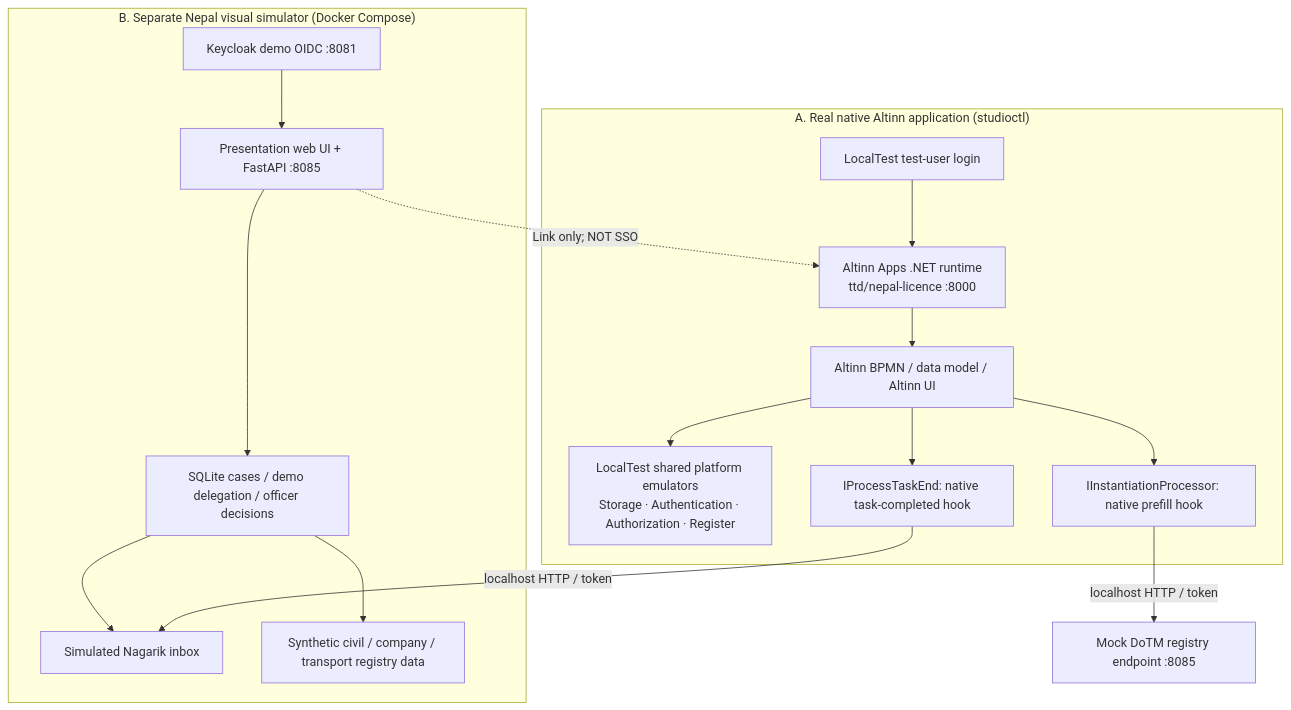
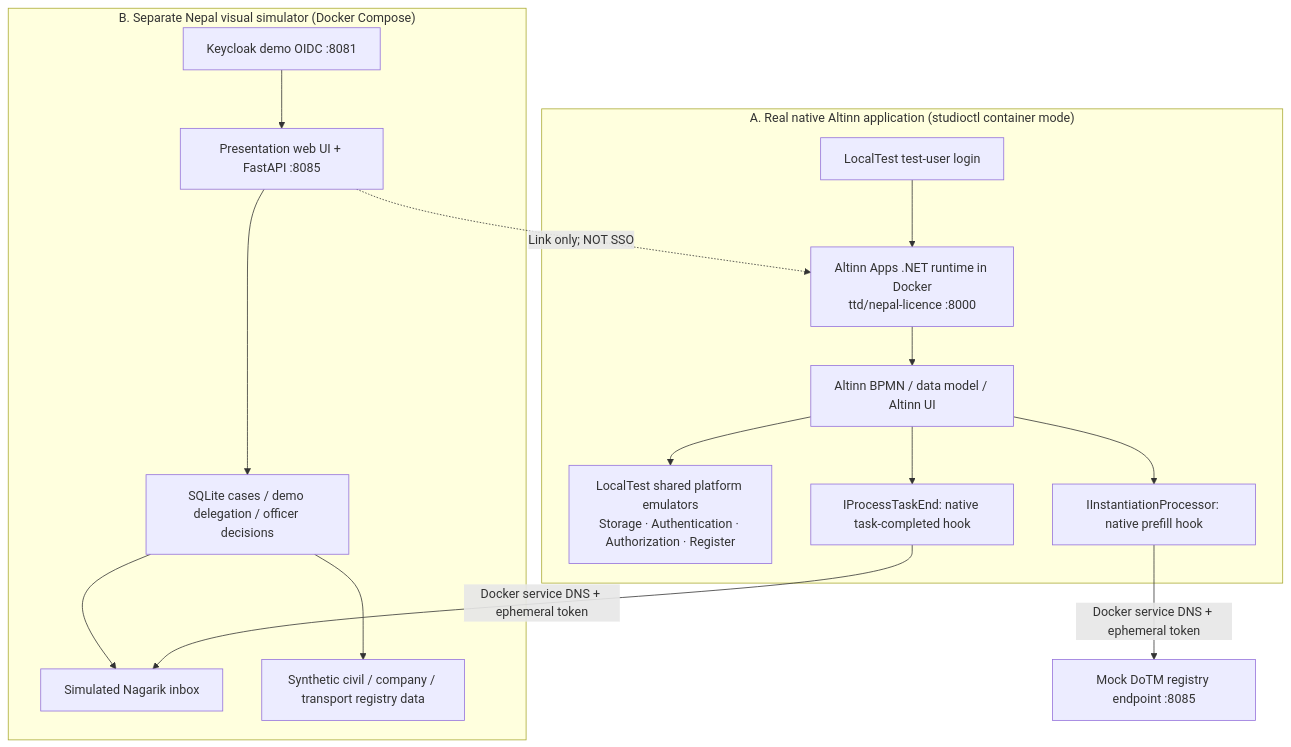
Before and after one commit to SushantGautam/altinn-example-np: the first of 2 diagrams in docs/ARCHITECTURE.md, drawn with Mermaid. The commit also changed other lines of this file, not shown here.

Commit message:
Update architecture diagram to show native Altinn Docker runtime and private bridge network

````diff
--- a/docs/ARCHITECTURE.md
+++ b/docs/ARCHITECTURE.md
@@ -7,19 +7,19 @@
 ```mermaid
 flowchart TB
-  subgraph A["A. Real native Altinn application (studioctl)"]
-    U["LocalTest test-user login"] --> AL["Altinn Apps .NET runtime<br/>ttd/nepal-licence :8000"]
+  subgraph A["A. Real native Altinn application (studioctl container mode)"]
+    U["LocalTest test-user login"] --> AL["Altinn Apps .NET runtime in Docker<br/>ttd/nepal-licence :8000"]
     AL --> BM["Altinn BPMN / data model / Altinn UI"]
     BM --> LT["LocalTest shared platform emulators<br/>Storage · Authentication · Authorization · Register"]
     BM --> PREF["IInstantiationProcessor: native prefill hook"]
     BM --> END["IProcessTaskEnd: native task-completed hook"]
   end
   subgraph B["B. Separate Nepal visual simulator (Docker Compose)"]
     KC["Keycloak demo OIDC :8081"] --> PORT["Presentation web UI + FastAPI :8085"]
     PORT --> SIM["SQLite cases / demo delegation / officer decisions"]
     SIM --> INB["Simulated Nagarik inbox"]
     SIM --> REG["Synthetic civil / company / transport registry data"]
   end
-  PREF -- "localhost HTTP / token" --> DOTM["Mock DoTM registry endpoint :8085"]
-  END -- "localhost HTTP / token" --> INB
+  PREF -- "Docker service DNS + ephemeral token" --> DOTM["Mock DoTM registry endpoint :8085"]
+  END -- "Docker service DNS + ephemeral token" --> INB
   PORT -. "Link only; NOT SSO" .-> AL
 ```
````
